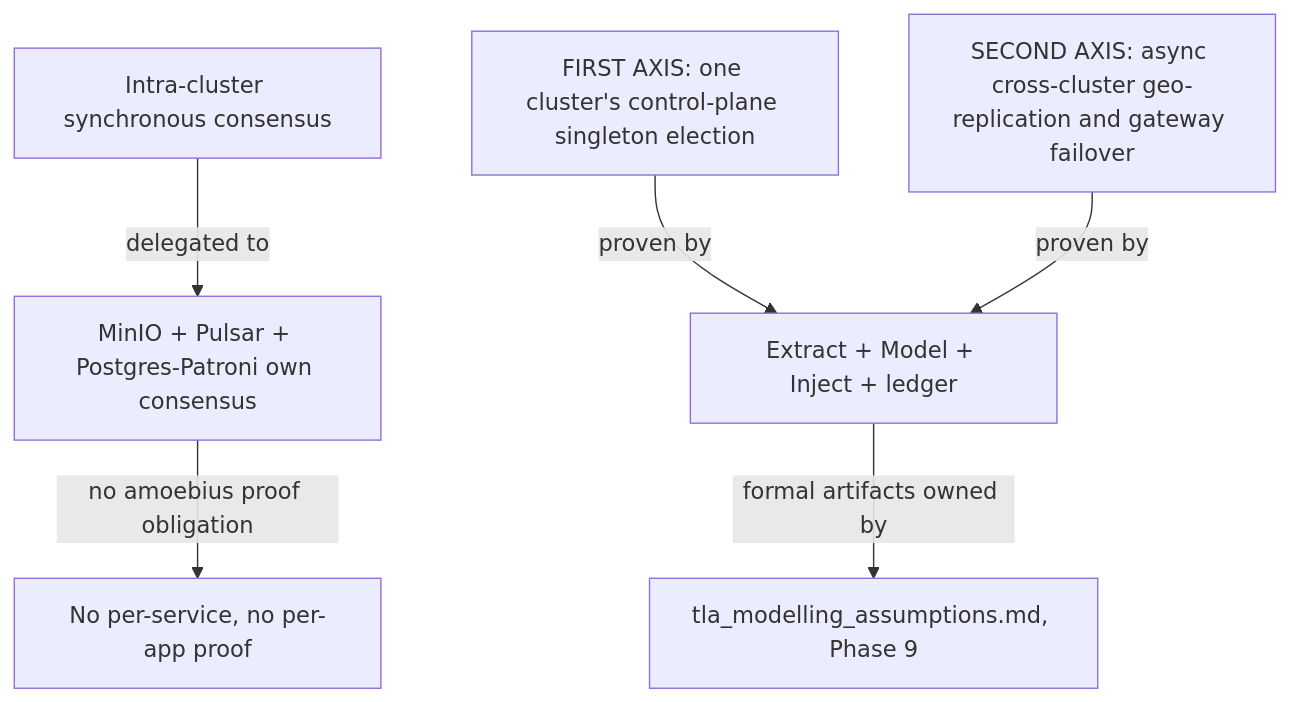
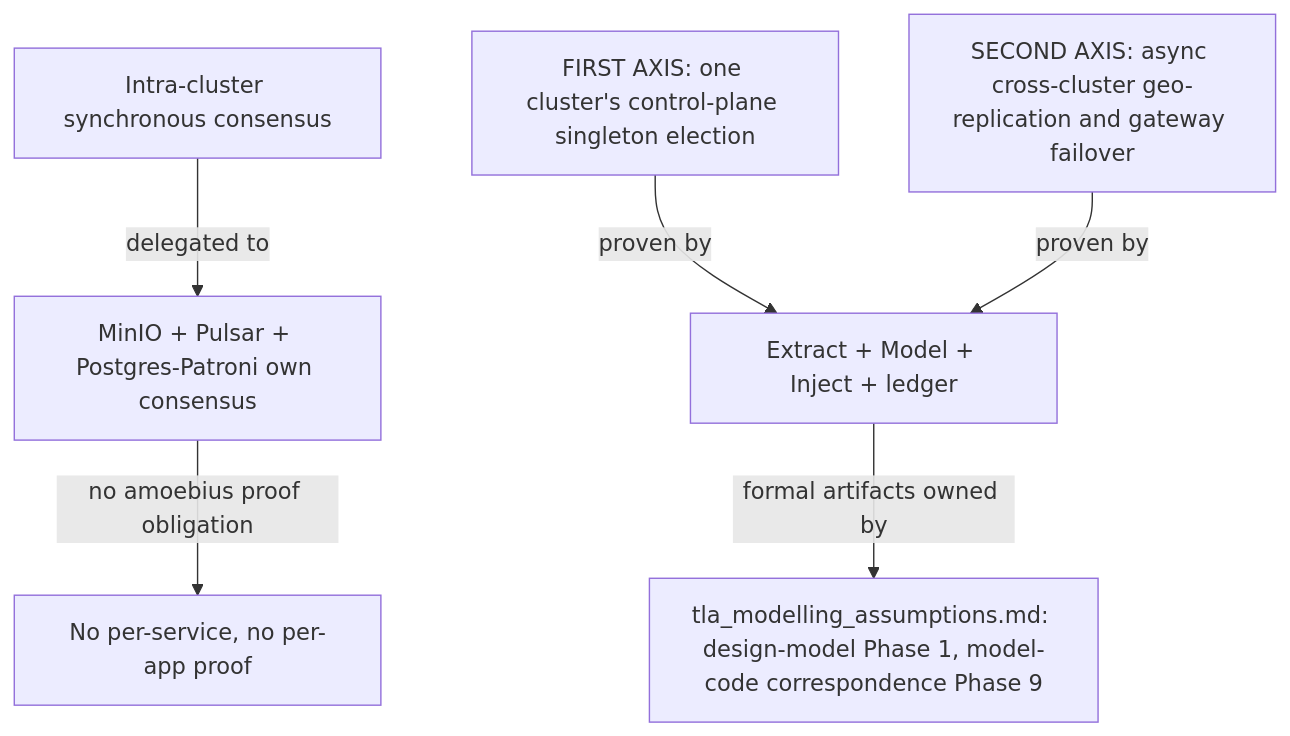
The first of 7 diagrams in documents/engineering/chaos_failover_doctrine.md (Tuee22/amoebius), drawn with Mermaid before and after one commit. The commit also changed other lines of this file and 47 other files, not shown here.

````diff
--- a/documents/engineering/chaos_failover_doctrine.md
+++ b/documents/engineering/chaos_failover_doctrine.md
@@ -248,8 +250,8 @@
 ```mermaid
 flowchart TD
   delegated[Intra-cluster synchronous consensus] -->|delegated to| systems[MinIO + Pulsar + Postgres-Patroni own consensus]
   systems -->|no amoebius proof obligation| none[No per-service, no per-app proof]
   axis1[FIRST AXIS: one cluster's control-plane singleton election] -->|proven by| method[Extract + Model + Inject + ledger]
   axis2[SECOND AXIS: async cross-cluster geo-replication and gateway failover] -->|proven by| method
-  method -->|formal artifacts owned by| tla[tla_modelling_assumptions.md, Phase 9]
+  method -->|formal artifacts owned by| tla[tla_modelling_assumptions.md: design-model Phase 1, model-code correspondence Phase 9]
 ```
````
